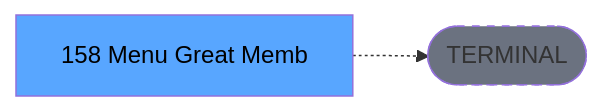
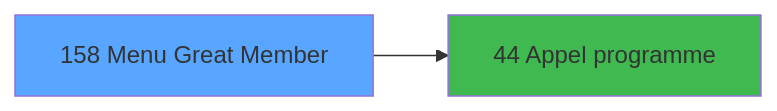
Before and after one commit to thonyAGP/magic-migration: the third of 3 diagrams in .openspec/specs/ADH-IDE-158.md, drawn with Mermaid. The commit also changed other lines of this file and 311 other files, not shown here.

````diff
--- a/.openspec/specs/ADH-IDE-158.md
+++ b/.openspec/specs/ADH-IDE-158.md
@@ -138,8 +200,8 @@
 ```mermaid
 graph LR
-    T[158 Menu Great Memb]
-    TERM([TERMINAL])
-    T -.-> TERM
-    style TERM fill:#6b7280,stroke-dasharray: 5 5
-    style T fill:#58a6ff,color:#000
+    T158[158 Menu Great Member]
+    style T158 fill:#58a6ff
+    C44[44 Appel programme]
+    T158 --> C44
+    style C44 fill:#3fb950
 ```
````
